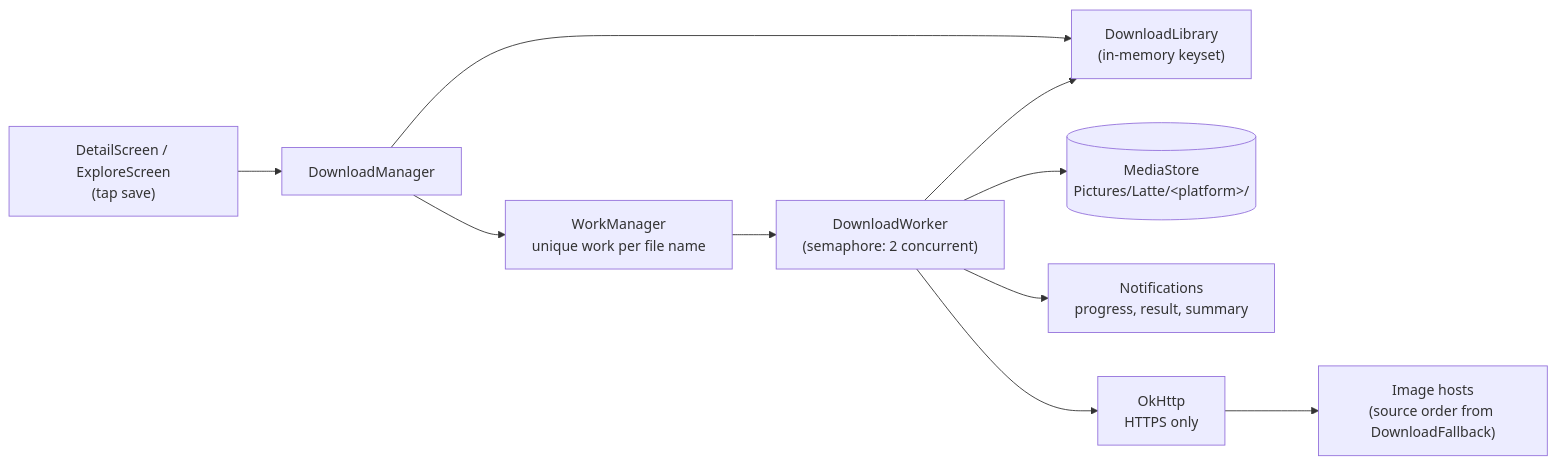
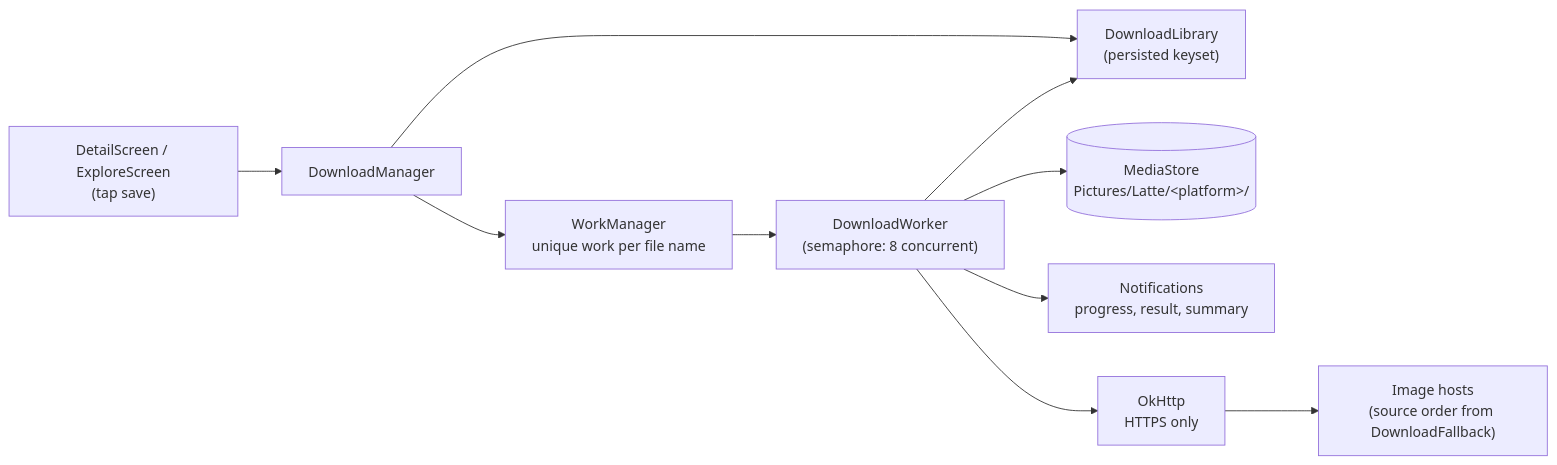
The first of 3 diagrams in docs/architecture/download-workflow.md (azusachino/latte), drawn with Mermaid before and after one commit. The commit also changed other lines of this file and 3 other files, not shown here.

Commit message:
feat: persist download keyset and run downloads through OkHttp dispatcher

````diff
--- a/docs/architecture/download-workflow.md
+++ b/docs/architecture/download-workflow.md
@@ -30,12 +30,12 @@
 ```mermaid
 flowchart LR
     UI["DetailScreen / ExploreScreen<br/>(tap save)"] --> DM["DownloadManager"]
-    DM --> DL["DownloadLibrary<br/>(in-memory keyset)"]
+    DM --> DL["DownloadLibrary<br/>(persisted keyset)"]
     DM --> WM["WorkManager<br/>unique work per file name"]
-    WM --> W["DownloadWorker<br/>(semaphore: 2 concurrent)"]
+    WM --> W["DownloadWorker<br/>(semaphore: 8 concurrent)"]
     W --> MS[("MediaStore<br/>Pictures/Latte/&lt;platform&gt;/")]
     W --> DL
     W --> N["Notifications<br/>progress, result, summary"]
     W --> HTTP["OkHttp<br/>HTTPS only"]
     HTTP --> SRC["Image hosts<br/>(source order from DownloadFallback)"]
 ```
````
